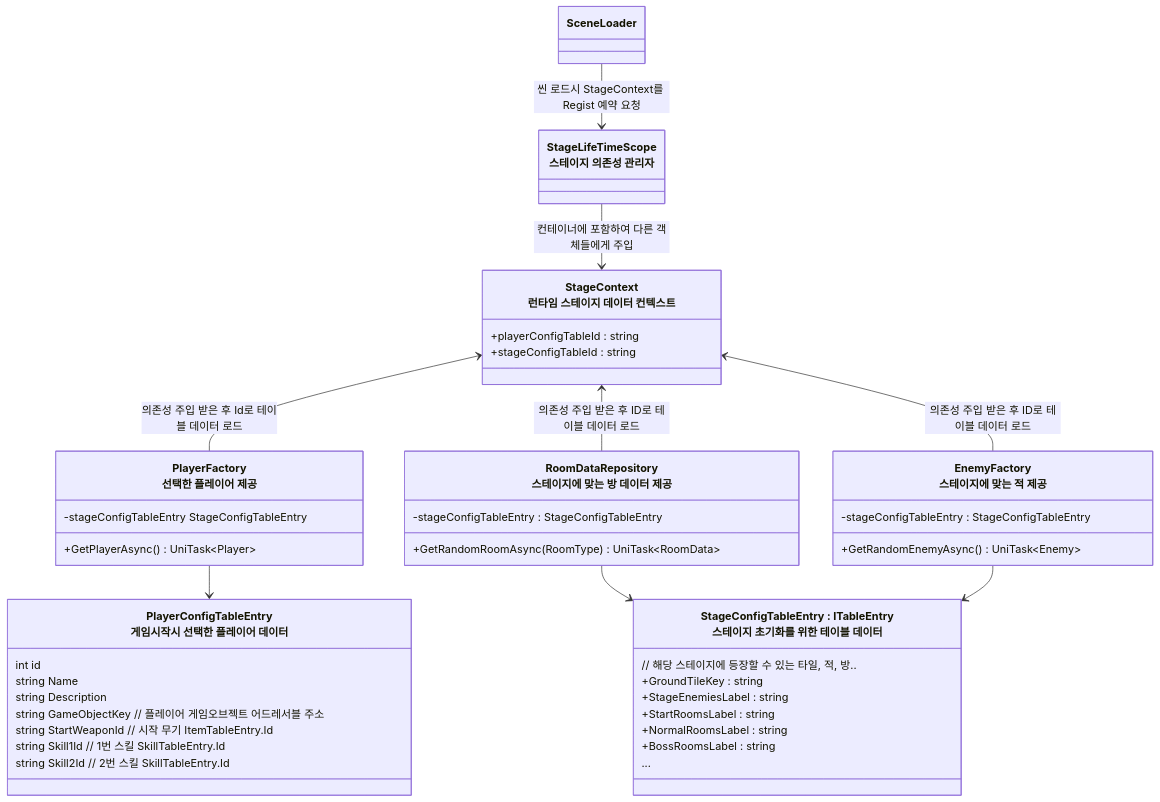
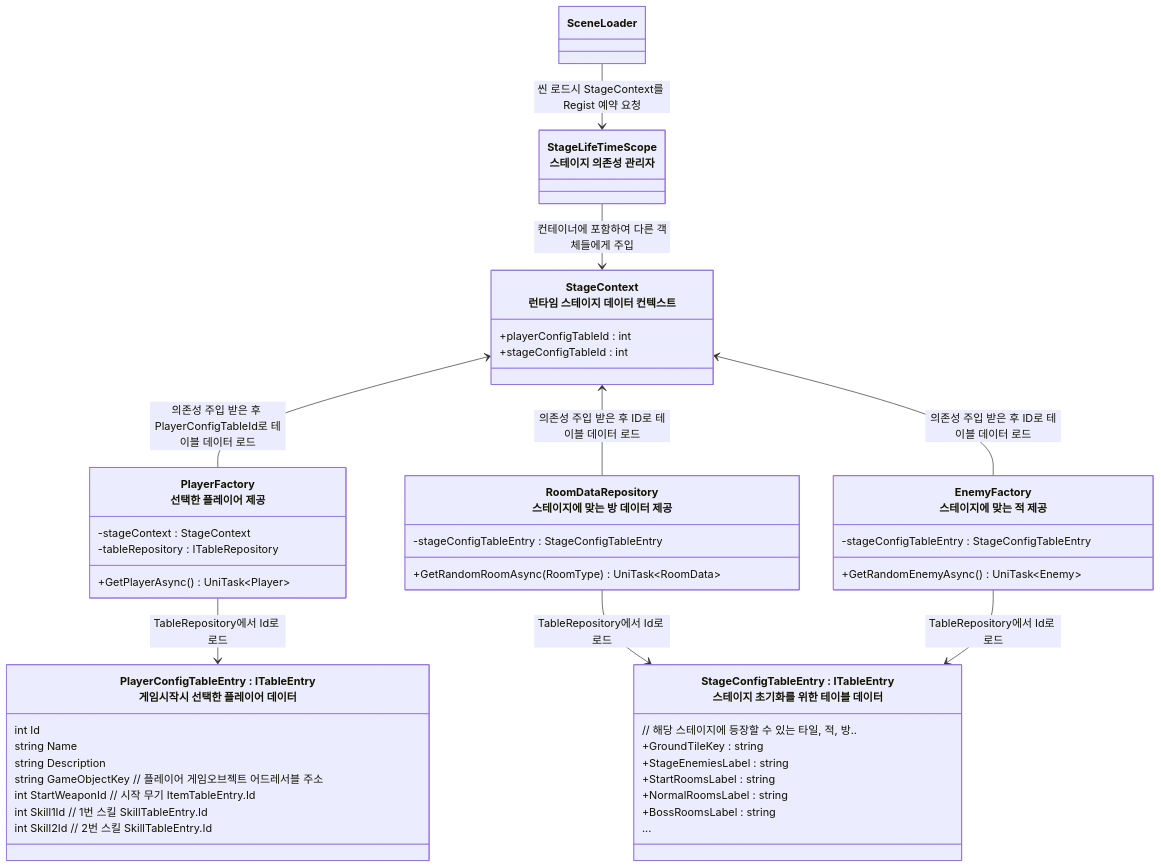
Before and after one commit to JIN5EOK/DungeonShooter: the third of 5 diagrams in README/스테이지_설계.md, drawn with Mermaid. The commit also changed 10 other files, not shown here.

Commit message:
feat: 플레이어 테이블 구조 추가

````diff
--- a/README/스테이지_설계.md
+++ b/README/스테이지_설계.md
@@ -116,51 +116,53 @@
 ```mermaid
 classDiagram
     class StageContext["StageContext<br>런타임 스테이지 데이터 컨텍스트"]{
-        +playerConfigTableId : string
-        +stageConfigTableId : string
+        +playerConfigTableId : int
+        +stageConfigTableId : int
     }
     
     class RoomDataRepository["RoomDataRepository<br>스테이지에 맞는 방 데이터 제공"]{
         -stageConfigTableEntry : StageConfigTableEntry
         +GetRandomRoomAsync(RoomType) UniTask~RoomData~
     }
     
     class EnemyFactory["EnemyFactory<br>스테이지에 맞는 적 제공"]{
         -stageConfigTableEntry : StageConfigTableEntry
         +GetRandomEnemyAsync() UniTask~Enemy~
     }
 
     class PlayerFactory["PlayerFactory<br>선택한 플레이어 제공"]{
-        -stageConfigTableEntry StageConfigTableEntry
+        -stageContext : StageContext
+        -tableRepository : ITableRepository
         +GetPlayerAsync() UniTask~Player~
     }
     
     class StageConfigTableEntry["StageConfigTableEntry : ITableEntry<br>스테이지 초기화를 위한 테이블 데이터"]{
         // 해당 스테이지에 등장할 수 있는 타일, 적, 방..
         +GroundTileKey : string
         +StageEnemiesLabel : string
         +StartRoomsLabel : string
         +NormalRoomsLabel : string
         +BossRoomsLabel : string
         ...
     }
 
-    class PlayerConfigTableEntry["PlayerConfigTableEntry<br>게임시작시 선택한 플레이어 데이터"]{
-        int id
+    class PlayerConfigTableEntry["PlayerConfigTableEntry : ITableEntry<br>게임시작시 선택한 플레이어 데이터"]{
+        int Id
         string Name
         string Description
         string GameObjectKey // 플레이어 게임오브젝트 어드레서블 주소
-        string StartWeaponId // 시작 무기 ItemTableEntry.Id
-        string Skill1Id // 1번 스킬 SkillTableEntry.Id
-        string Skill2Id // 2번 스킬 SkillTableEntry.Id
+        int StartWeaponId // 시작 무기 ItemTableEntry.Id
+        int Skill1Id // 1번 스킬 SkillTableEntry.Id
+        int Skill2Id // 2번 스킬 SkillTableEntry.Id
     }
     SceneLoader --> StageLifeTimeScope : 씬 로드시 StageContext를 Regist 예약 요청
     class StageLifeTimeScope["StageLifeTimeScope<br>스테이지 의존성 관리자"]
-    StageContext <-- PlayerFactory : 의존성 주입 받은 후 Id로 테이블 데이터 로드
+    StageContext <-- PlayerFactory : 의존성 주입 받은 후 PlayerConfigTableId로 테이블 데이터 로드
     StageLifeTimeScope --> StageContext  : 컨테이너에 포함하여 다른 객체들에게 주입
     StageContext <-- RoomDataRepository : 의존성 주입 받은 후 ID로 테이블 데이터 로드
     StageContext <-- EnemyFactory : 의존성 주입 받은 후 ID로 테이블 데이터 로드
-    RoomDataRepository --> StageConfigTableEntry
-    EnemyFactory --> StageConfigTableEntry
-    PlayerFactory --> PlayerConfigTableEntry
+    RoomDataRepository --> StageConfigTableEntry : TableRepository에서 Id로 로드
+    EnemyFactory --> StageConfigTableEntry : TableRepository에서 Id로 로드
+    PlayerFactory --> PlayerConfigTableEntry : TableRepository에서 Id로 로드
+
 ```
````
